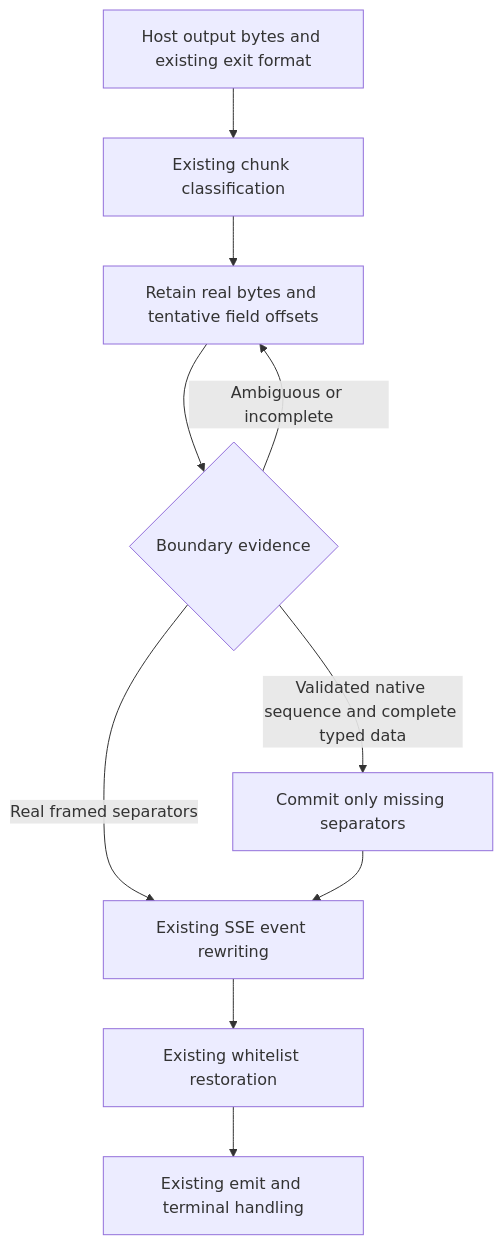
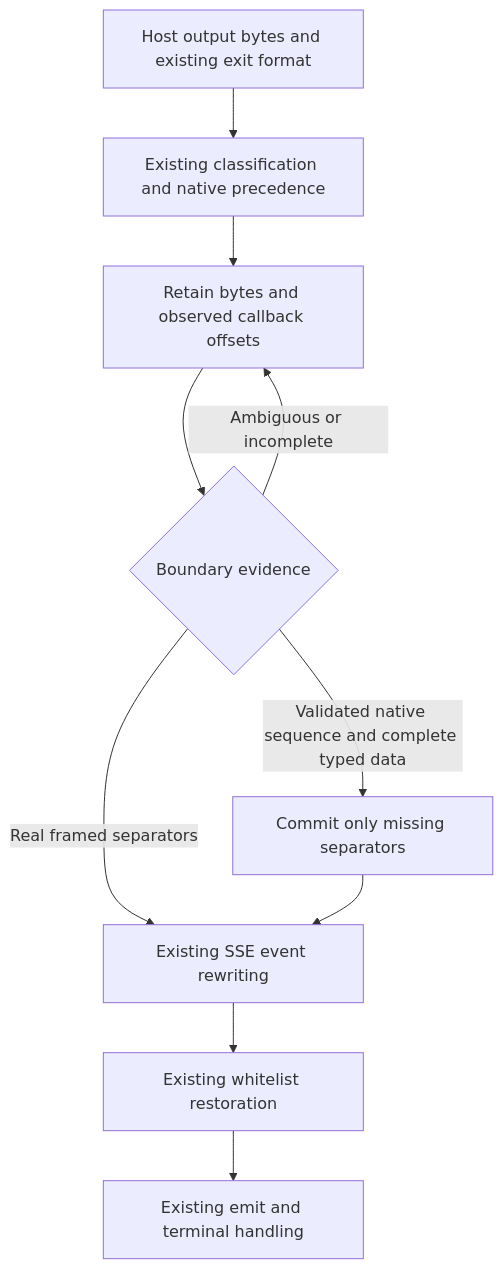
One commit to DoingDog/cpa-plugin-model-mapper changed the diagram in docs/superpowers/plans/2026-10-22-native-sse-field-boundaries-implementation.md. Above: the diagram before and after it, drawn with Mermaid. The commit also changed other lines of this file and 1 other file, not shown here.

First line of the commit message:
docs: Preserve native SSE precedence in the F fix plan (U1)

````diff
--- a/docs/superpowers/plans/2026-10-22-native-sse-field-boundaries-implementation.md
+++ b/docs/superpowers/plans/2026-10-22-native-sse-field-boundaries-implementation.md
@@ -70,12 +70,12 @@
 ```mermaid
 flowchart TB
-  A[Host output bytes and existing exit format] --> B[Existing chunk classification]
-  B --> C[Retain real bytes and tentative field offsets]
+  A[Host output bytes and existing exit format] --> B[Existing classification and native precedence]
+  B --> C[Retain bytes and observed callback offsets]
   C --> D{Boundary evidence}
   D -->|Real framed separators| E[Existing SSE event rewriting]
   D -->|Validated native sequence and complete typed data| F[Commit only missing separators]
   D -->|Ambiguous or incomplete| C
   F --> E
   E --> G[Existing whitelist restoration]
   G --> H[Existing emit and terminal handling]
 ```
````
